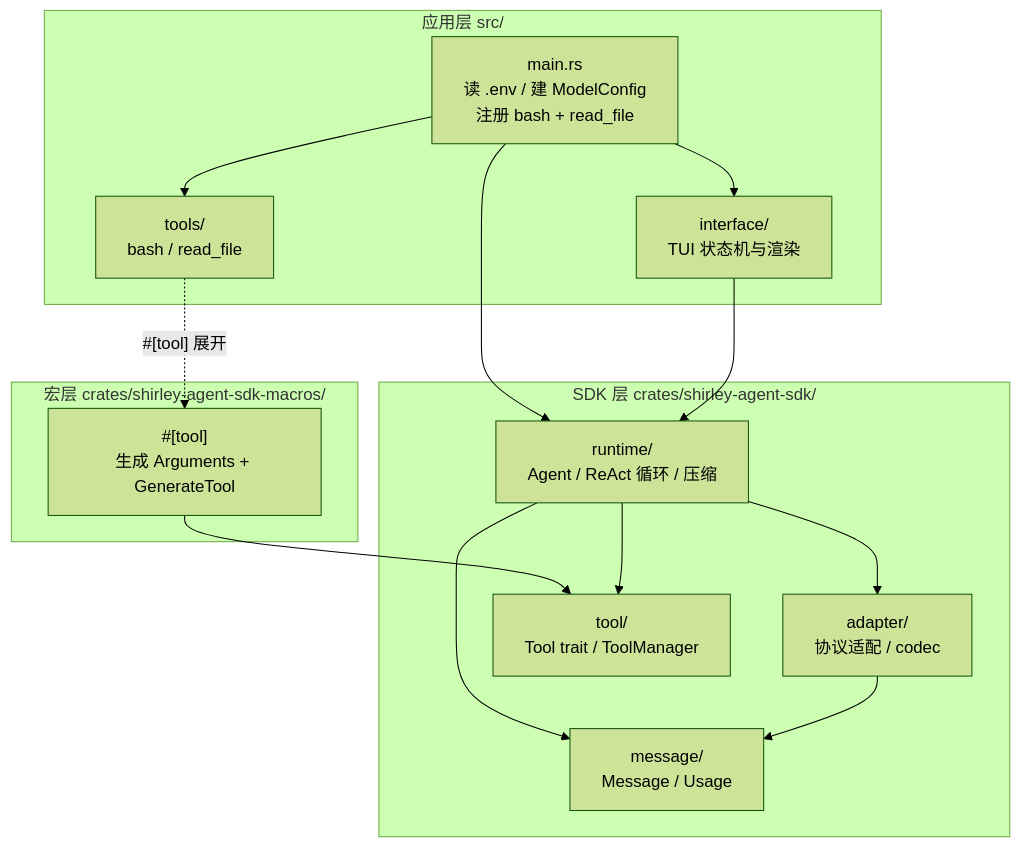
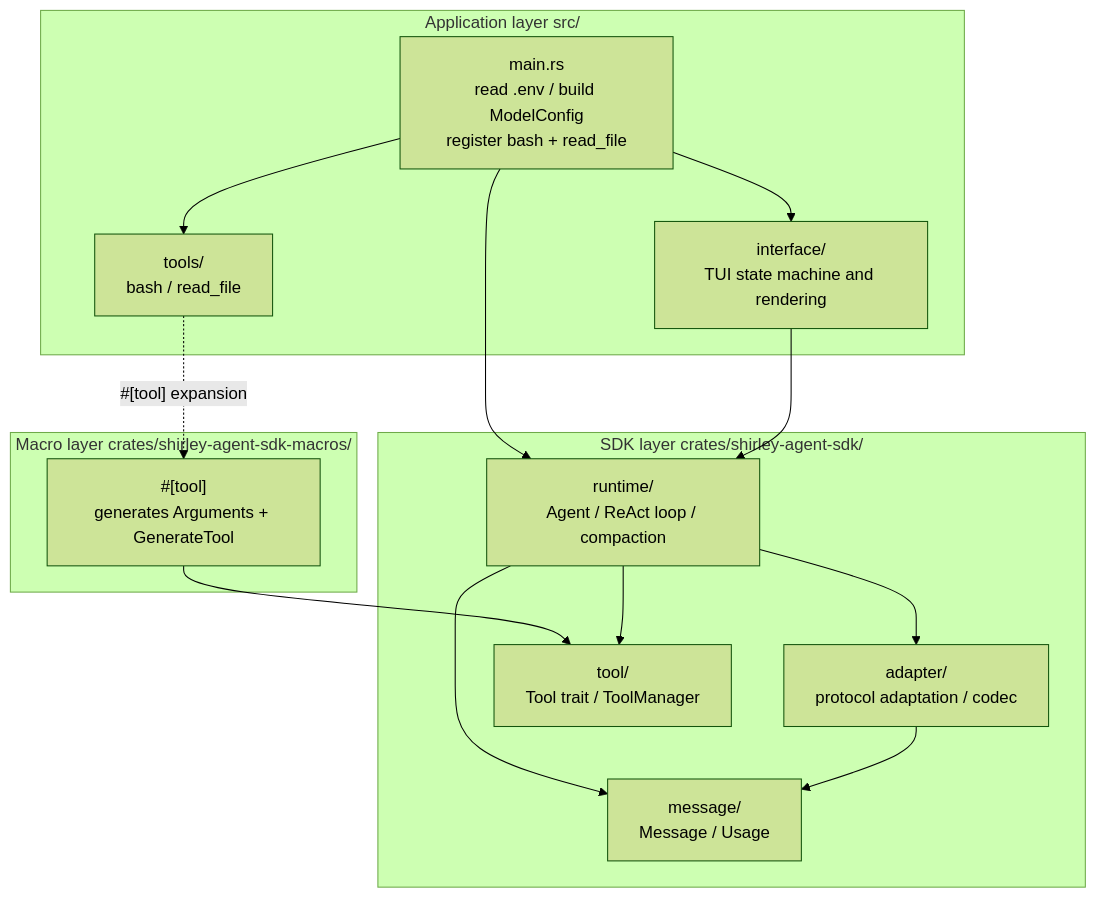
Before and after one commit to Seann0824/Shirley: the first of 9 diagrams in docs/architecture.md, drawn with Mermaid (forest theme). The commit also changed other lines of this file and 131 other files, not shown here.

````diff
--- a/docs/architecture.md
+++ b/docs/architecture.md
@@ -17,30 +17,30 @@
 ```mermaid
 graph TD
-    subgraph App["应用层 src/"]
-        MAIN["main.rs<br/>读 .env / 建 ModelConfig<br/>注册 bash + read_file"]
-        IFACE["interface/<br/>TUI 状态机与渲染"]
+    subgraph App["Application layer src/"]
+        MAIN["main.rs<br/>read .env / build ModelConfig<br/>register bash + read_file"]
+        IFACE["interface/<br/>TUI state machine and rendering"]
         TOOLS["tools/<br/>bash / read_file"]
     end
 
-    subgraph SDK["SDK 层 crates/shirley-agent-sdk/"]
-        RUNTIME["runtime/<br/>Agent / ReAct 循环 / 压缩"]
+    subgraph SDK["SDK layer crates/shirley-agent-sdk/"]
+        RUNTIME["runtime/<br/>Agent / ReAct loop / compaction"]
         MSG["message/<br/>Message / Usage"]
-        ADAPTER["adapter/<br/>协议适配 / codec"]
+        ADAPTER["adapter/<br/>protocol adaptation / codec"]
         TOOLM["tool/<br/>Tool trait / ToolManager"]
     end
 
-    subgraph MACRO["宏层 crates/shirley-agent-sdk-macros/"]
-        TOOLMACRO["#[tool]<br/>生成 Arguments + GenerateTool"]
+    subgraph MACRO["Macro layer crates/shirley-agent-sdk-macros/"]
+        TOOLMACRO["#[tool]<br/>generates Arguments + GenerateTool"]
     end
 
     MAIN --> IFACE
     MAIN --> TOOLS
     MAIN --> RUNTIME
     IFACE --> RUNTIME
-    TOOLS -.->|"#[tool] 展开"| TOOLMACRO
+    TOOLS -.->|"#[tool] expansion"| TOOLMACRO
     TOOLMACRO --> TOOLM
     RUNTIME --> MSG
     RUNTIME --> ADAPTER
     RUNTIME --> TOOLM
     ADAPTER --> MSG
 ```
````
